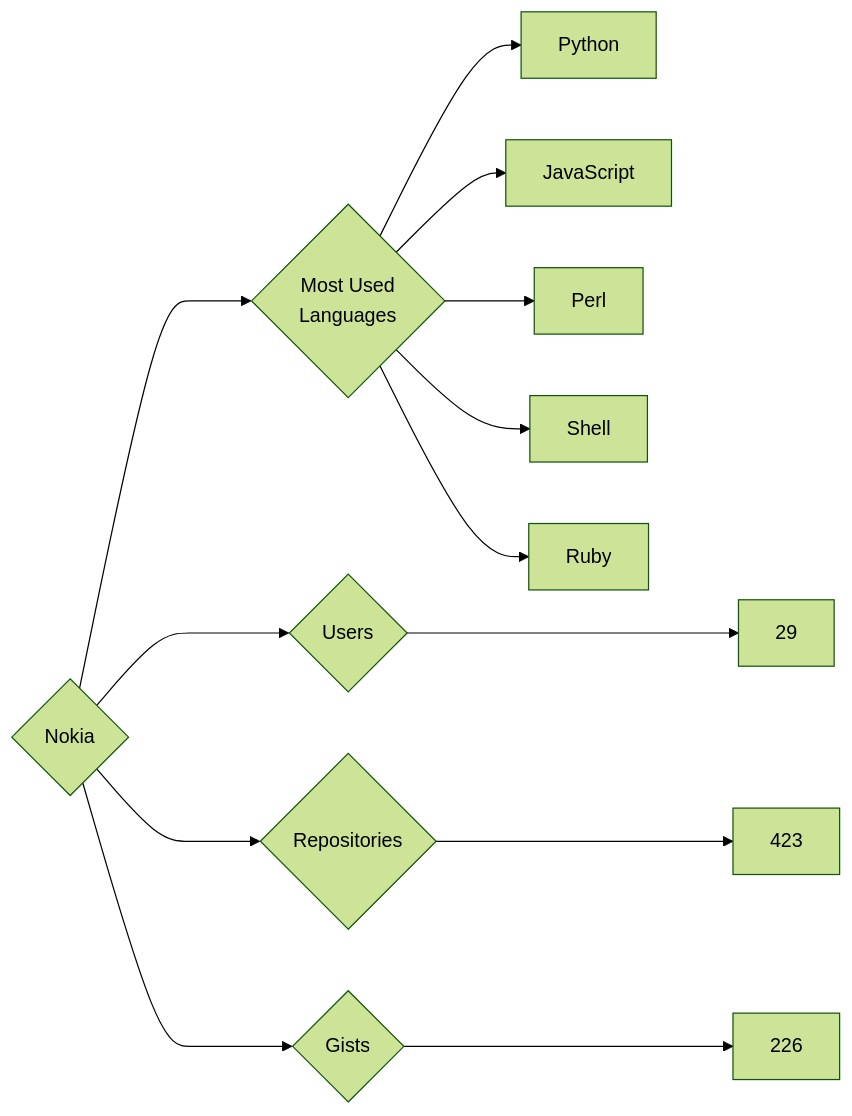
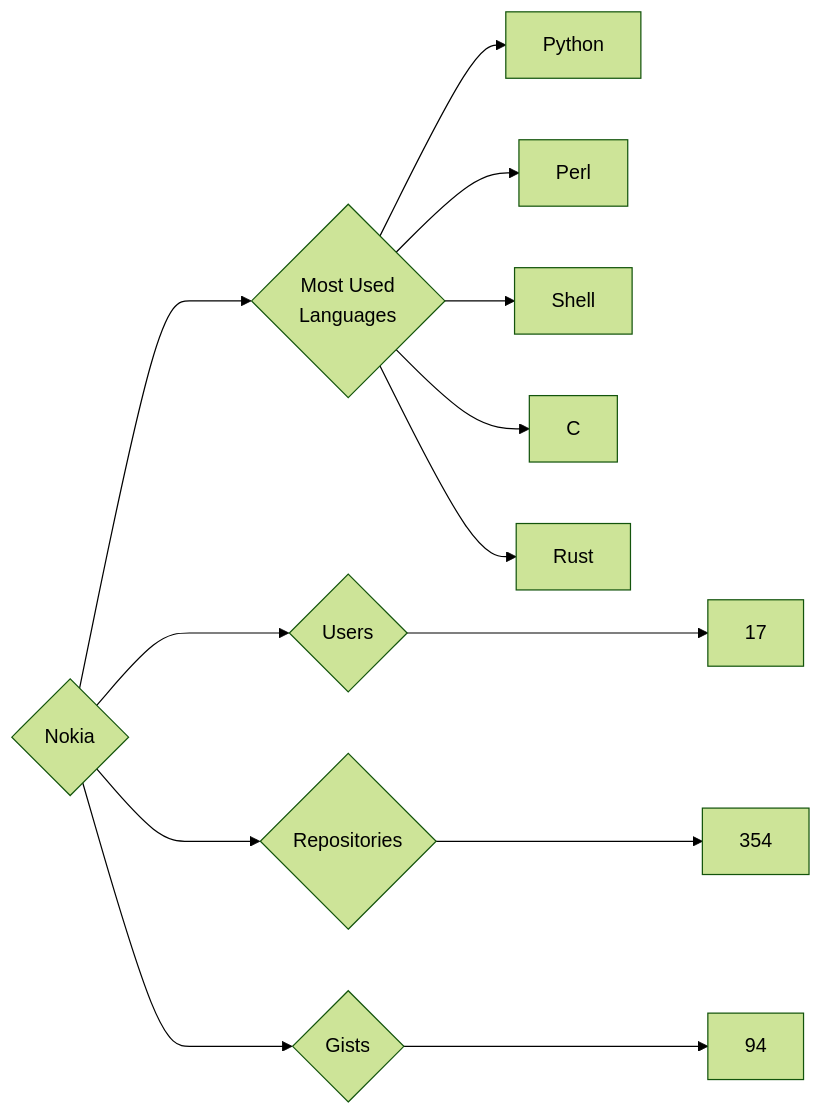
One commit to trickest/insiders changed the diagram in targets/Nokia/README.md. Above: the diagram before and after it, drawn with Mermaid (forest theme). The commit also changed 886 other files, not shown here.

````diff
--- a/targets/Nokia/README.md
+++ b/targets/Nokia/README.md
@@ -3,13 +3,13 @@
 ```mermaid
 graph LR
 COMPANY_NAME{Nokia}
-COMPANY_NAME ---> U{Users} ---> UN[29]
-COMPANY_NAME ---> R{Repositories} ---> RN[423]
-COMPANY_NAME ---> G{Gists} ---> GN[226]
+COMPANY_NAME ---> U{Users} ---> UN[17]
+COMPANY_NAME ---> R{Repositories} ---> RN[354]
+COMPANY_NAME ---> G{Gists} ---> GN[94]
 COMPANY_NAME ---> ML{Most Used<br>Languages}
 ML --> Python[Python]
-ML --> JavaScript[JavaScript]
 ML --> Perl[Perl]
 ML --> Shell[Shell]
-ML --> Ruby[Ruby]
+ML --> C[C]
+ML --> Rust[Rust]
 ```
````
